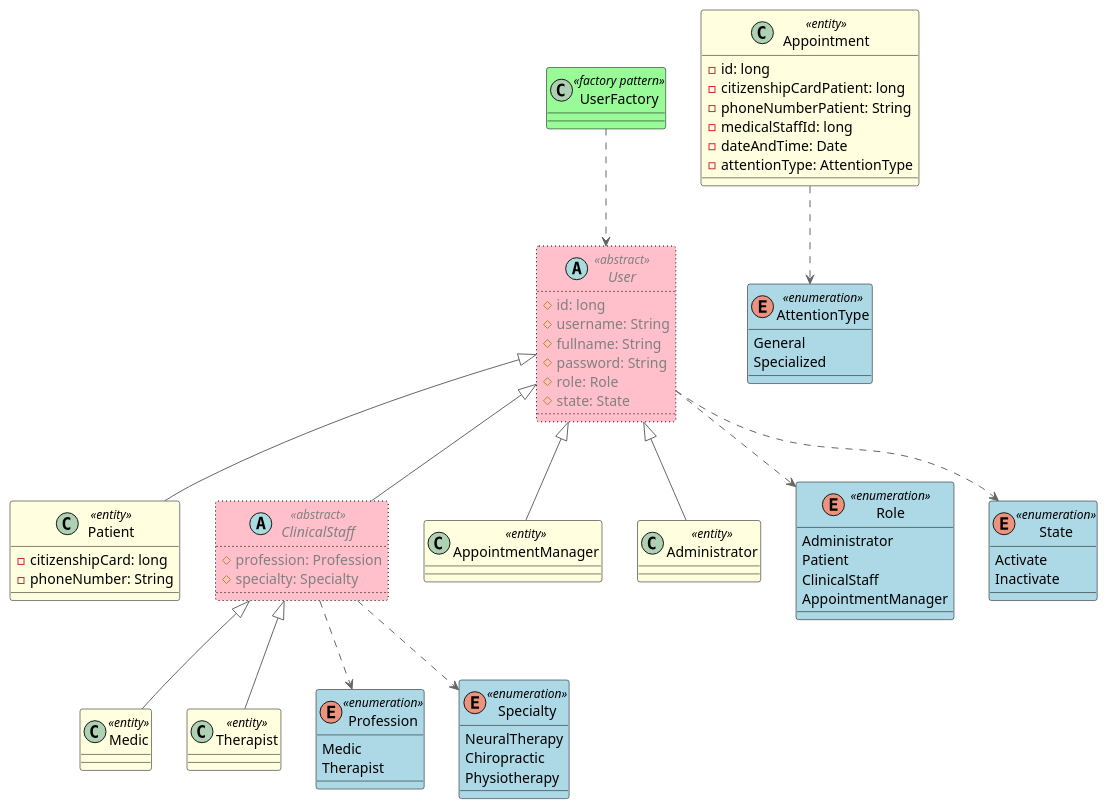
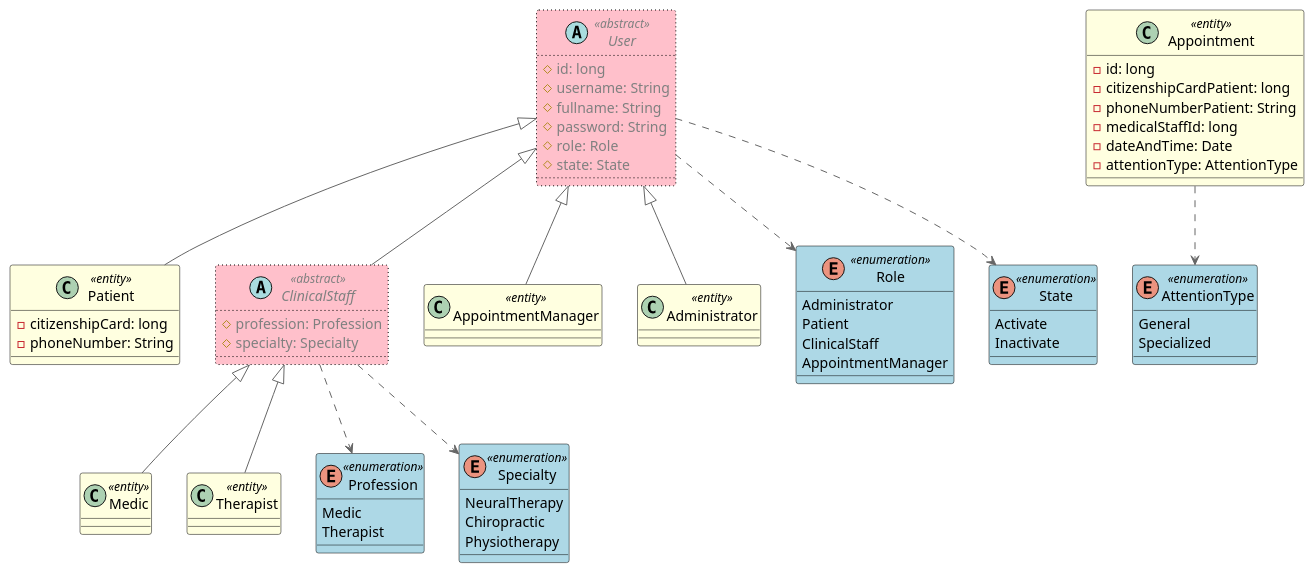
The diagram in 1.Project-with_Monolithic_Architecture/mod_app_piedrazul_medical_services_network/Domain/dClassDomain.puml (FernandoMulato/Piedrazul-Medical-Services-Network), drawn with PlantUML before and after one commit.

Commit message:
Updated model

```diff
--- a/1.Project-with_Monolithic_Architecture/mod_app_piedrazul_medical_services_network/Domain/dClassDomain.puml
+++ b/1.Project-with_Monolithic_Architecture/mod_app_piedrazul_medical_services_network/Domain/dClassDomain.puml
@@ -1,84 +1,79 @@
 @startuml DomainClasses
 
 !include https://raw.githubusercontent.com/plantuml-stdlib/C4-PlantUML/master/C4_Deployment.puml
 
 abstract User <<abstract>> #Pink;line:Black;line.dotted;text:gray {
   # id: long 
   # username: String
   # fullname: String
   # password: String
   # role: Role
   # state: State
   ' <<Constructor>> +User(): void 
 }
 
 class Patient <<entity>> #LightYellow;line:Black;text:Black extends User {
   - citizenshipCard: long
   - phoneNumber: String
   ' <<Constructor>> +User(): void 
 } 
 
 abstract ClinicalStaff <<abstract>> #Pink;line:Black;line.dotted;text:gray extends User {
   # profession: Profession
   # specialty: Specialty
 }
 
 class Medic <<entity>> #LightYellow;line:Black;text:Black extends ClinicalStaff {}
 
 class Therapist <<entity>> #LightYellow;line:Black;text:Black extends ClinicalStaff {}
 
 class AppointmentManager <<entity>> #LightYellow;line:Black;text:Black extends User {}
 
 class Administrator <<entity>> #LightYellow;line:Black;text:Black extends User {}
 
 class Appointment <<entity>> #LightYellow;line:Black;text:Black {
   -id: long
   -citizenshipCardPatient: long
   -phoneNumberPatient: String
   -medicalStaffId: long
   -dateAndTime: Date 
   -attentionType: AttentionType
 }
 
 enum Role <<enumeration>> #LightBlue;line:Black;text:Black {
   Administrator
   Patient
   ClinicalStaff
   AppointmentManager
 }
 
 enum Profession <<enumeration>> #LightBlue;line:Black;text:Black {
   Medic
   Therapist 
 }
 
 enum Specialty <<enumeration>> #LightBlue;line:Black;text:Black {
   NeuralTherapy
   Chiropractic
   Physiotherapy
 }
 
 enum State <<enumeration>> #LightBlue;line:Black;text:Black {
   Activate
   Inactivate
 }
 
 enum AttentionType <<enumeration>> #LightBlue;line:Black;text:Black {
   General
   Specialized
 }
 
-class UserFactory <<factory pattern>> #PaleGreen;line:Black;text:Black {
-}
-
 User ..> Role
 User ..> State 
 
 ClinicalStaff ..> Profession
 ClinicalStaff ..> Specialty
 
 Appointment ..> AttentionType
 
-UserFactory ..> User
-
 @enduml
```
